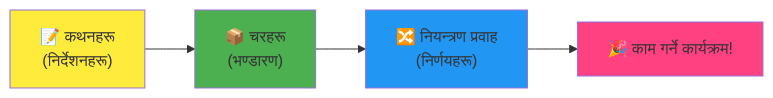
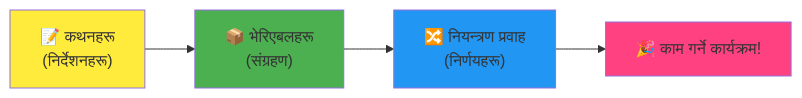
Before and after one commit to microsoft/Web-Dev-For-Beginners: the fourth of 7 diagrams in translations/ne/1-getting-started-lessons/1-intro-to-programming-languages/README.md, drawn with Mermaid. The commit also changed other lines of this file and 11 other files, not shown here.

````diff
--- a/translations/ne/1-getting-started-lessons/1-intro-to-programming-languages/README.md
+++ b/translations/ne/1-getting-started-lessons/1-intro-to-programming-languages/README.md
@@ -466,9 +467,9 @@
 ```mermaid
 flowchart LR
-    A["📝 कथनहरू<br/>(निर्देशनहरू)"] --> B["📦 चरहरू<br/>(भण्डारण)"] --> C["🔀 नियन्त्रण प्रवाह<br/>(निर्णयहरू)"] --> D["🎉 काम गर्ने कार्यक्रम!"]
+    A["📝 कथनहरू<br/>(निर्देशनहरू)"] --> B["📦 भेरिएबलहरू<br/>(संग्रहण)"] --> C["🔀 नियन्त्रण प्रवाह<br/>(निर्णयहरू)"] --> D["🎉 काम गर्ने कार्यक्रम!"]
     
     style A fill:#ffeb3b
     style B fill:#4caf50
     style C fill:#2196f3
     style D fill:#ff4081
 ```
````
